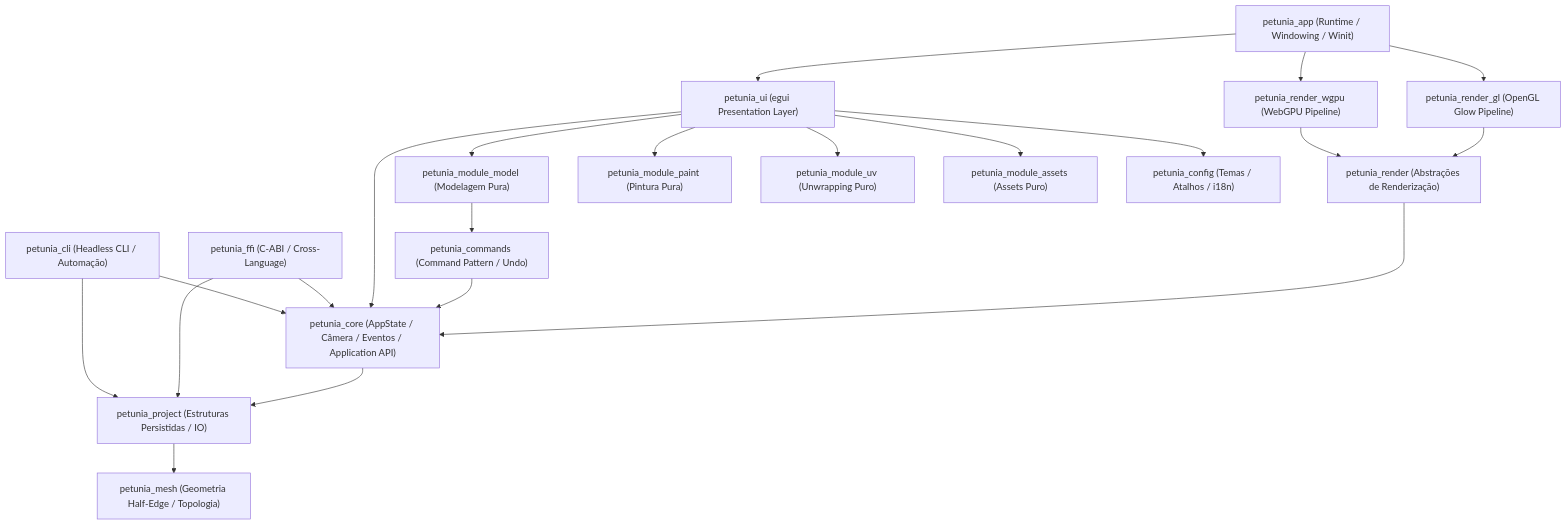
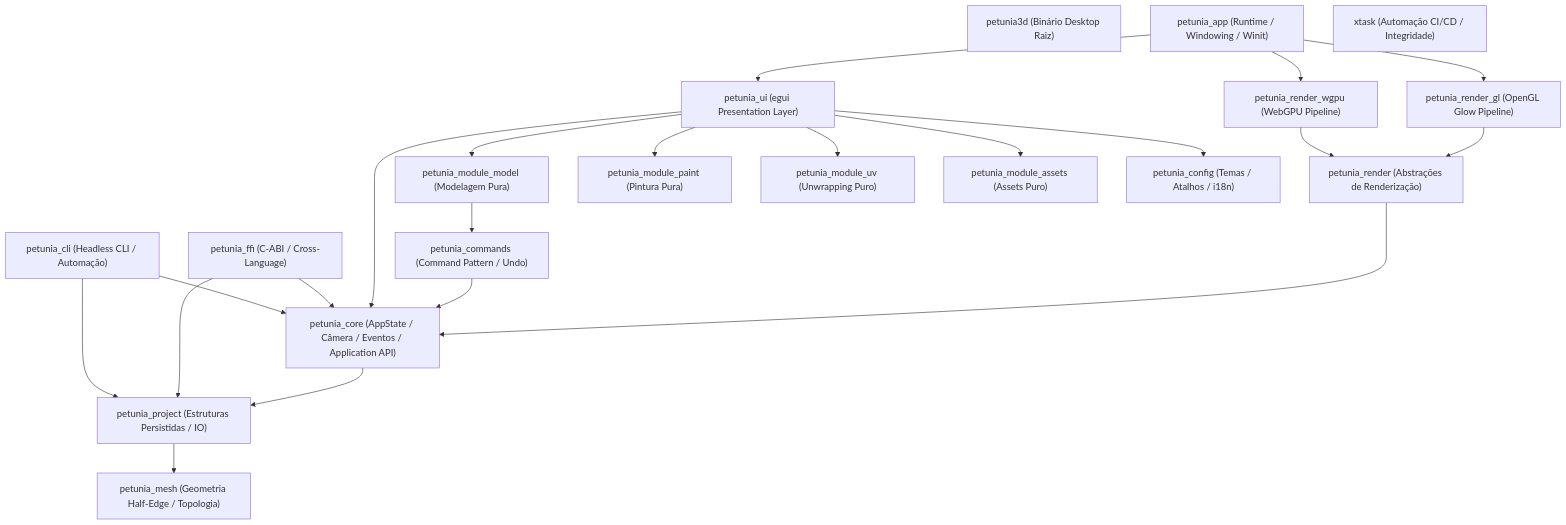
The diagram in docs/developers/architecture.md (raillen/petunia3d), drawn with Mermaid before and after one commit. The commit also changed other lines of this file and 237 other files, not shown here.

````diff
--- a/docs/developers/architecture.md
+++ b/docs/developers/architecture.md
@@ -5,40 +7,42 @@
 ```mermaid
 graph TD
+    Root["petunia3d (Binário Desktop Raiz)"]
     App["petunia_app (Runtime / Windowing / Winit)"]
     CLI["petunia_cli (Headless CLI / Automação)"]
     FFI["petunia_ffi (C-ABI / Cross-Language)"]
+    Xtask["xtask (Automação CI/CD / Integridade)"]
     UI["petunia_ui (egui Presentation Layer)"]
     RenderWGPU["petunia_render_wgpu (WebGPU Pipeline)"]
     RenderGL["petunia_render_gl (OpenGL Glow Pipeline)"]
     RenderCommon["petunia_render (Abstrações de Renderização)"]
     ModuleModel["petunia_module_model (Modelagem Pura)"]
     ModulePaint["petunia_module_paint (Pintura Pura)"]
     ModuleUV["petunia_module_uv (Unwrapping Puro)"]
     ModuleAssets["petunia_module_assets (Assets Puro)"]
     Commands["petunia_commands (Command Pattern / Undo)"]
     Core["petunia_core (AppState / Câmera / Eventos / Application API)"]
     Project["petunia_project (Estruturas Persistidas / IO)"]
     Mesh["petunia_mesh (Geometria Half-Edge / Topologia)"]
     Config["petunia_config (Temas / Atalhos / i18n)"]
 
     App --> UI
     CLI --> Core
     CLI --> Project
     FFI --> Core
     FFI --> Project
     UI --> Core
     UI --> Config
     UI --> ModuleModel
     UI --> ModulePaint
     UI --> ModuleUV
     UI --> ModuleAssets
     ModuleModel --> Commands
     Commands --> Core
     Core --> Project
     Project --> Mesh
     RenderWGPU --> RenderCommon
     RenderGL --> RenderCommon
     RenderCommon --> Core
     App --> RenderWGPU
     App --> RenderGL
 ```
````
